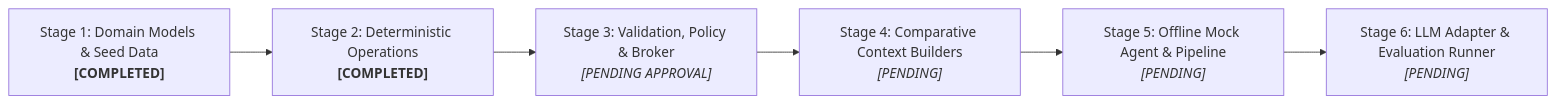
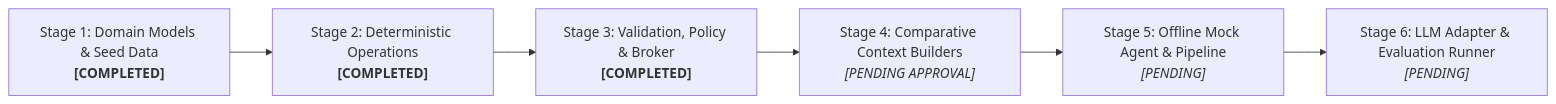
Before and after one commit to Suni1174/shopconnect-object-env: the diagram in docs/IMPLEMENTATION_STATUS.md, drawn with Mermaid. The commit also changed other lines of this file and 10 other files, not shown here.

Commit message:
Complete Stage 3: validation, policy engine and action broker

````diff
--- a/docs/IMPLEMENTATION_STATUS.md
+++ b/docs/IMPLEMENTATION_STATUS.md
@@ -143,8 +216,8 @@
 ```mermaid
 flowchart LR
     S1["Stage 1: Domain Models & Seed Data<br><b>[COMPLETED]</b>"] --> S2["Stage 2: Deterministic Operations<br><b>[COMPLETED]</b>"]
-    S2 --> S3["Stage 3: Validation, Policy & Broker<br><i>[PENDING APPROVAL]</i>"]
-    S3 --> S4["Stage 4: Comparative Context Builders<br><i>[PENDING]</i>"]
+    S2 --> S3["Stage 3: Validation, Policy & Broker<br><b>[COMPLETED]</b>"]
+    S3 --> S4["Stage 4: Comparative Context Builders<br><i>[PENDING APPROVAL]</i>"]
     S4 --> S5["Stage 5: Offline Mock Agent & Pipeline<br><i>[PENDING]</i>"]
     S5 --> S6["Stage 6: LLM Adapter & Evaluation Runner<br><i>[PENDING]</i>"]
 ```
````
